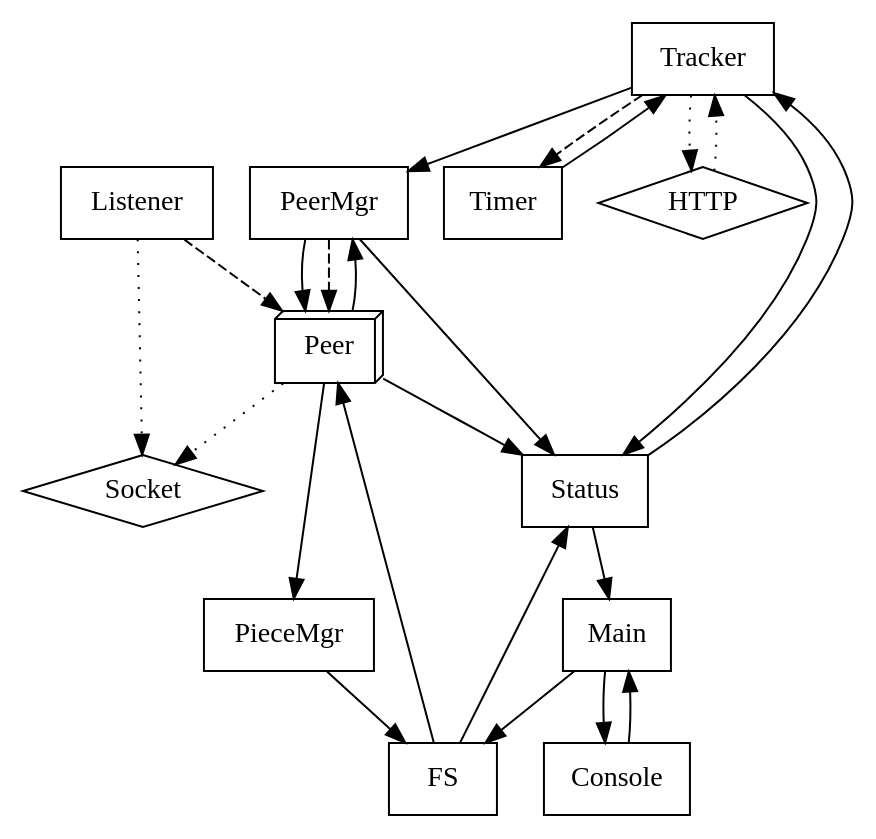
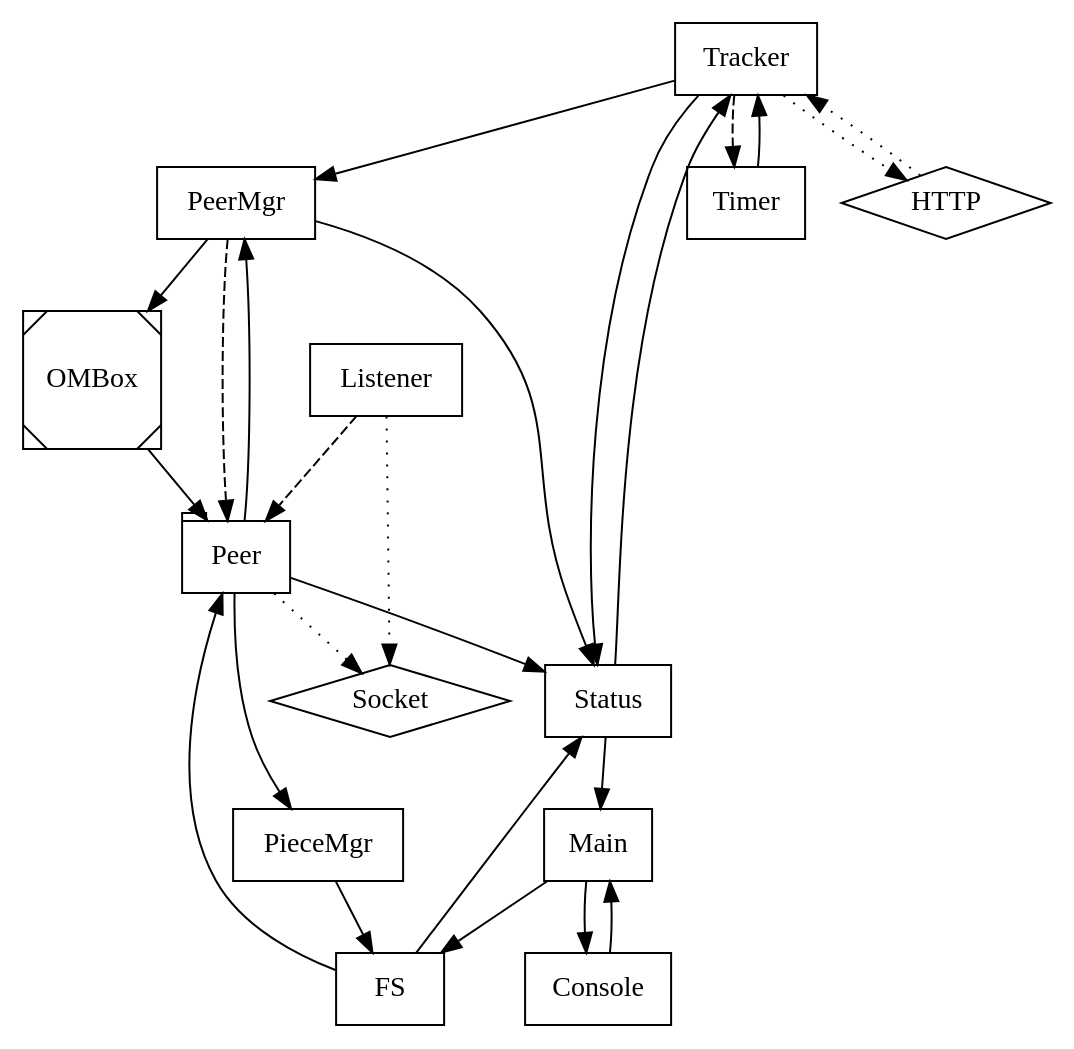
The diagram in doc/processes.dot (jlouis/combinatorrent), drawn with Graphviz before and after one commit. The commit also changed 1 other file, not shown here.

```diff
--- a/doc/processes.dot
+++ b/doc/processes.dot
@@ -1,59 +1,61 @@
 digraph {
 
 	node [shape=box];
 	Tracker;
 	PeerMgr;
-	Peer [shape=box3d];
+	Peer [shape=tab];
+
+	OMBox [shape=Msquare];
 
 	Status;
 	FS;
 	Main;
 	Console;
 	Timer;
 	PieceMgr;
 
 	Listener;
 
 	node [shape=diamond];
 	HTTP;
 	Socket;
 
 	edge [style=dotted];
 	Tracker -> HTTP;
 	HTTP    -> Tracker;
 	Peer -> Socket;
 	Listener-> Socket;
 
 	edge [style=solid];
 
 	Tracker -> PeerMgr;
 	Tracker -> Timer [style=dashed];
 	Tracker -> Status
 
 	Timer -> Tracker;
 
-	PeerMgr -> Peer;
+	PeerMgr -> OMBox -> Peer;
 	PeerMgr -> Peer [style=dashed];
 	PeerMgr -> Status;
 
 	Peer -> PeerMgr;
 
 	FS -> Peer;
 	Peer -> Status;
 
 	Peer -> PieceMgr;
 
 	PieceMgr -> FS;
 
 	FS -> Status;
 
 	Main -> Console;
 	Main -> FS;
 
 	Console -> Main;
 
 	Status -> Tracker;
 	Status -> Main;
 
 	Listener -> Peer [style=dashed];
 }
```
